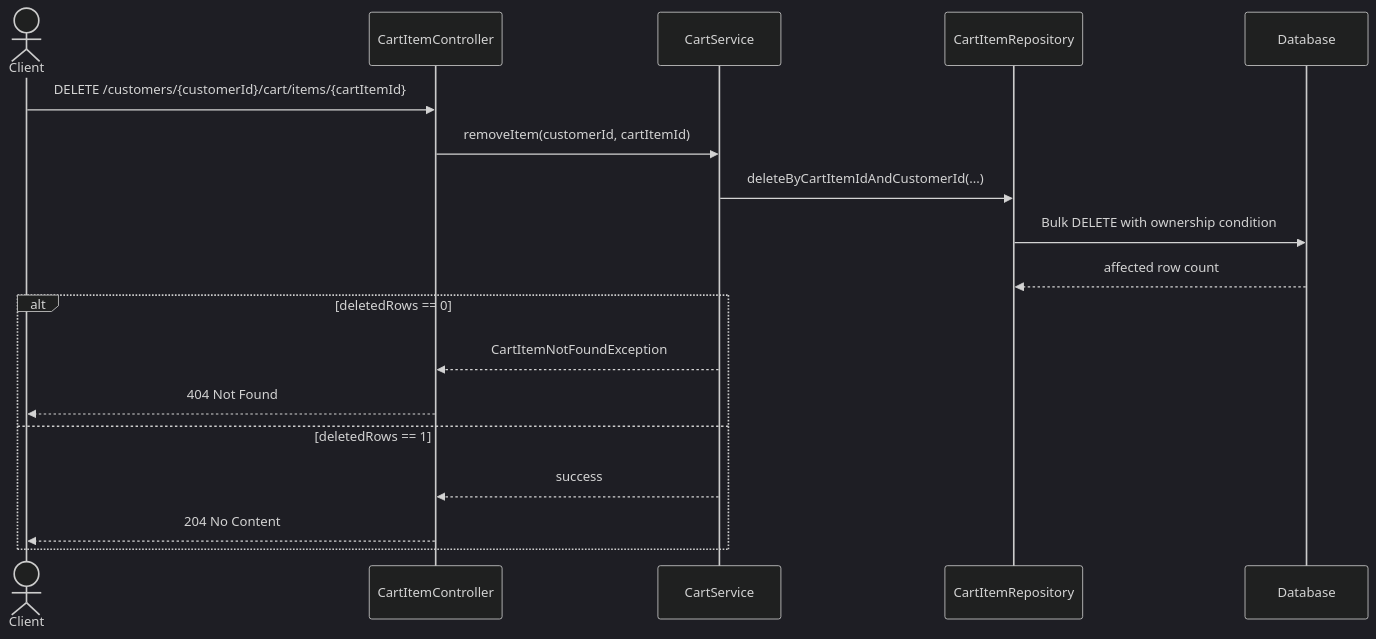
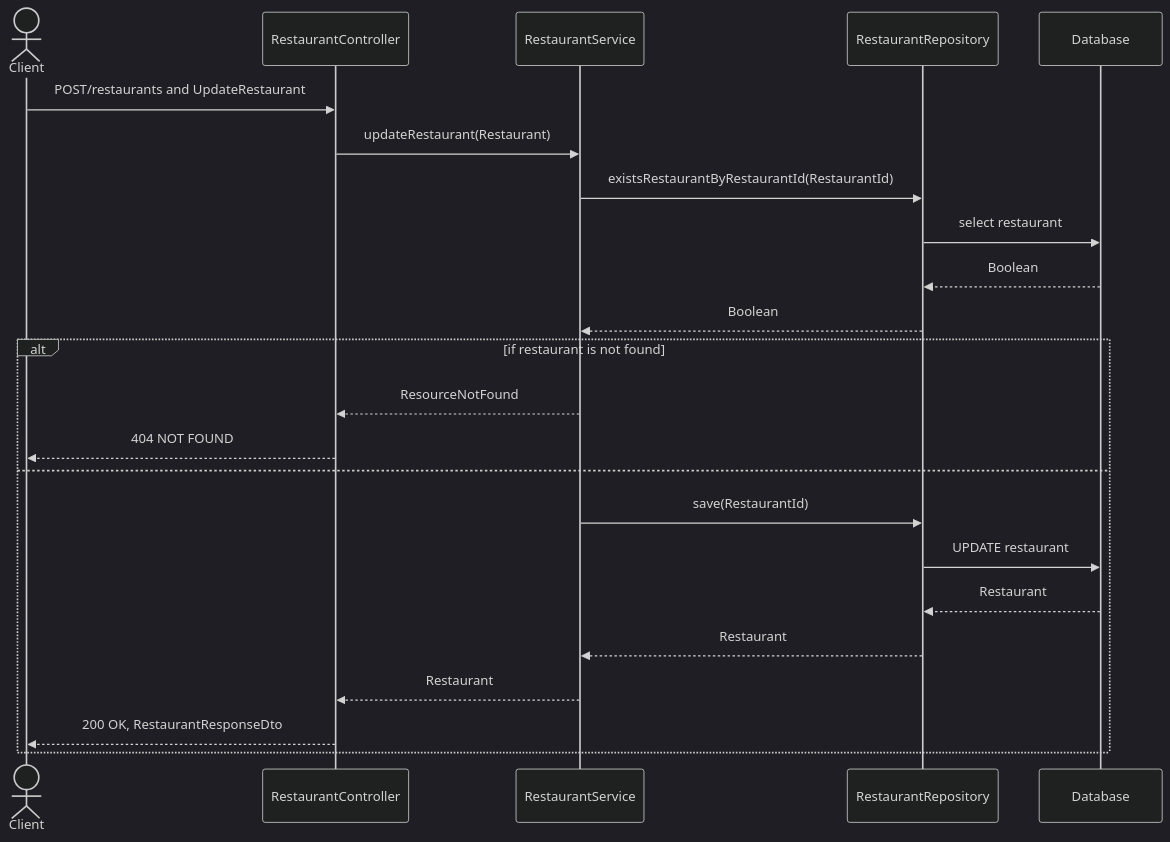
Before and after one commit to w2t-el-develop/food_delivery_api: the seventh of 11 diagrams in README.md, drawn with Mermaid (dark theme). The commit also changed other lines of this file and 18 other files, not shown here.

````diff
--- a/README.md
+++ b/README.md
@@ -636,23 +457,27 @@
 ```mermaid
 sequenceDiagram
     actor Client
-    participant CIC as CartItemController
-    participant CS as CartService
-    participant CIR as CartItemRepository
+    participant RC as RestaurantController
+    participant RS as RestaurantService
+    participant RR as RestaurantRepository
     participant DB as Database
 
-    Client->>CIC: DELETE /customers/{customerId}/cart/items/{cartItemId}
-    CIC->>CS: removeItem(customerId, cartItemId)
-
-    CS->>CIR: deleteByCartItemIdAndCustomerId(...)
-    CIR->>DB: Bulk DELETE with ownership condition
-    DB-->>CIR: affected row count
-
-    alt deletedRows == 0
-        CS-->>CIC: CartItemNotFoundException
-        CIC-->>Client: 404 Not Found
-    else deletedRows == 1
-        CS-->>CIC: success
-        CIC-->>Client: 204 No Content
+    Client->>RC: POST/restaurants and UpdateRestaurant
+    RC->>RS: updateRestaurant(Restaurant)
+    RS->>RR: existsRestaurantByRestaurantId(RestaurantId)
+    RR->>DB: select restaurant
+    DB-->>RR: Boolean
+    RR-->>RS: Boolean
+  
+    alt if restaurant is not found
+      RS -->> RC: ResourceNotFound
+      RC -->> Client: 404 NOT FOUND
+    else
+      RS->>RR: save(RestaurantId)
+      RR->>DB: UPDATE restaurant
+      DB-->>RR: Restaurant
+      RR-->>RS: Restaurant
+      RS -->> RC: Restaurant
+      RC -->> Client: 200 OK, RestaurantResponseDto
     end
 ```
````
